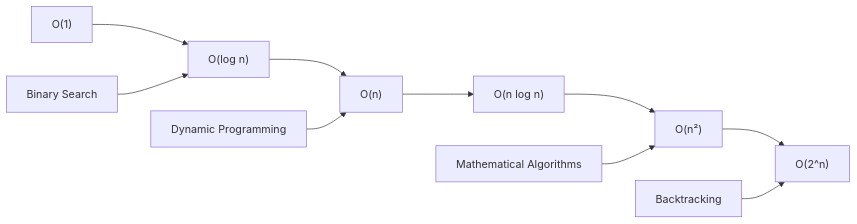
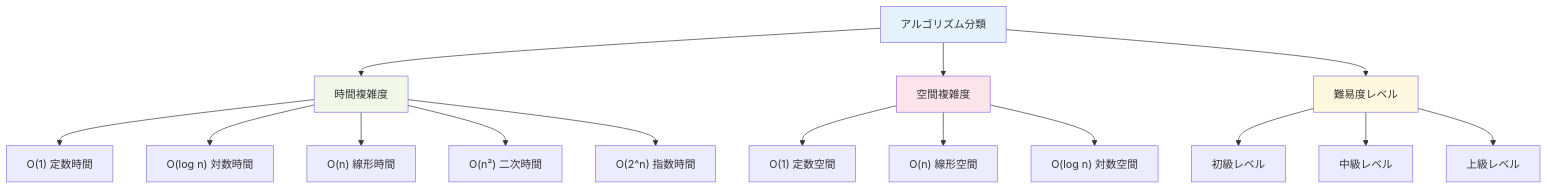
Before and after one commit to myoshi2891/Algorithm-DataStructures-Math-SQL: the third of 7 diagrams in README.md, drawn with Mermaid. The commit also changed other lines of this file, not shown here.

````diff
--- a/README.md
+++ b/README.md
@@ -112,13 +87,25 @@
 ```mermaid
-graph LR
-    A["O(1)"] --> B["O(log n)"]
-    B --> C["O(n)"]
-    C --> D["O(n log n)"]
-    D --> E["O(n²)"]
-    E --> F["O(2^n)"]
+graph TD
+    A[アルゴリズム分類] --> B[時間複雑度]
+    A --> C[空間複雑度]
+    A --> D[難易度レベル]
     
-    G["Binary Search"] --> B
-    H["Dynamic Programming"] --> C
-    I["Mathematical Algorithms"] --> E
-    J["Backtracking"] --> F
+    B --> B1["O(1) 定数時間"]
+    B --> B2["O(log n) 対数時間"]
+    B --> B3["O(n) 線形時間"]
+    B --> B4["O(n²) 二次時間"]
+    B --> B5["O(2^n) 指数時間"]
+    
+    C --> C1["O(1) 定数空間"]
+    C --> C2["O(n) 線形空間"]
+    C --> C3["O(log n) 対数空間"]
+    
+    D --> D1["初級レベル"]
+    D --> D2["中級レベル"]
+    D --> D3["上級レベル"]
+    
+    style A fill:#e3f2fd
+    style B fill:#f1f8e9
+    style C fill:#fce4ec
+    style D fill:#fff8e1
 ```
````
